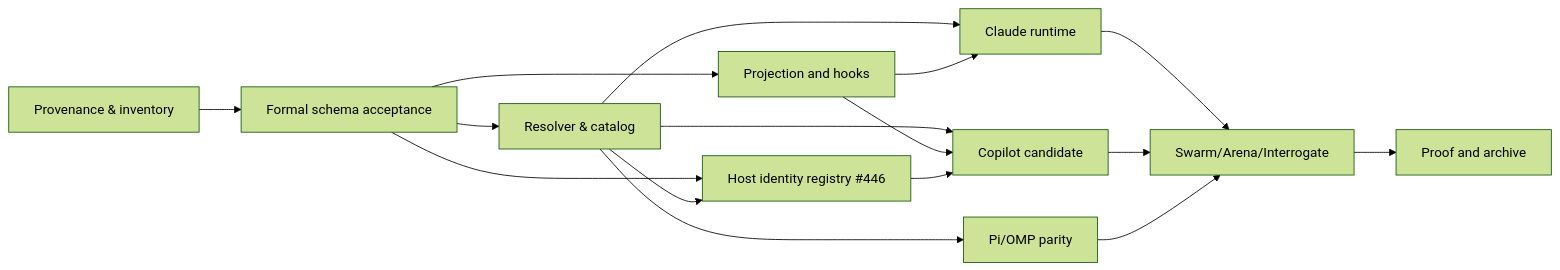
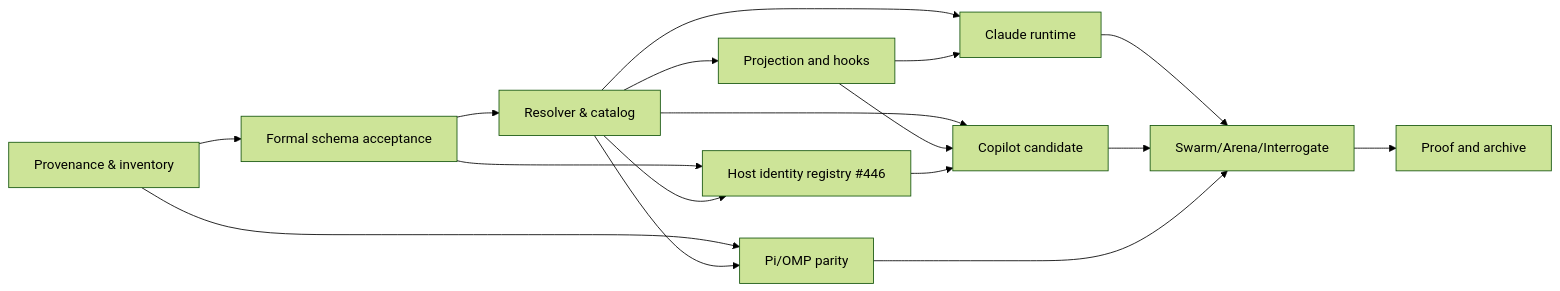
The diagram in openspec/changes/2026-10-15-harness-neutral-role-policy/tasks.md (tommy-ca/pstack), drawn with Mermaid (forest theme) before and after one commit. The commit also changed 3 other files, not shown here.

Commit message:
fix(verify,spec): single-resolution receipt label, adr manifest, graph edges, lookup tests

````diff
--- a/openspec/changes/2026-10-15-harness-neutral-role-policy/tasks.md
+++ b/openspec/changes/2026-10-15-harness-neutral-role-policy/tasks.md
@@ -17,18 +17,19 @@
 ```mermaid
 flowchart LR
   G0[Provenance & inventory] --> G1[Formal schema acceptance]
   G1 --> G2[Resolver & catalog]
-  G1 --> G3[Projection and hooks]
+  G2 --> G3[Projection and hooks]
   G1 --> G3b[Host identity registry #446]
   G2 --> G3b
   G2 --> G4[Claude runtime]
   G3 --> G4
   G2 --> G5[Copilot candidate]
   G3 --> G5
   G3b --> G5
-  G2 --> G6[Pi/OMP parity]
+  G0 --> G6[Pi/OMP parity]
+  G2 --> G6
   G4 --> G7[Swarm/Arena/Interrogate]
   G5 --> G7
   G6 --> G7
   G7 --> G8[Proof and archive]
 ```
````
